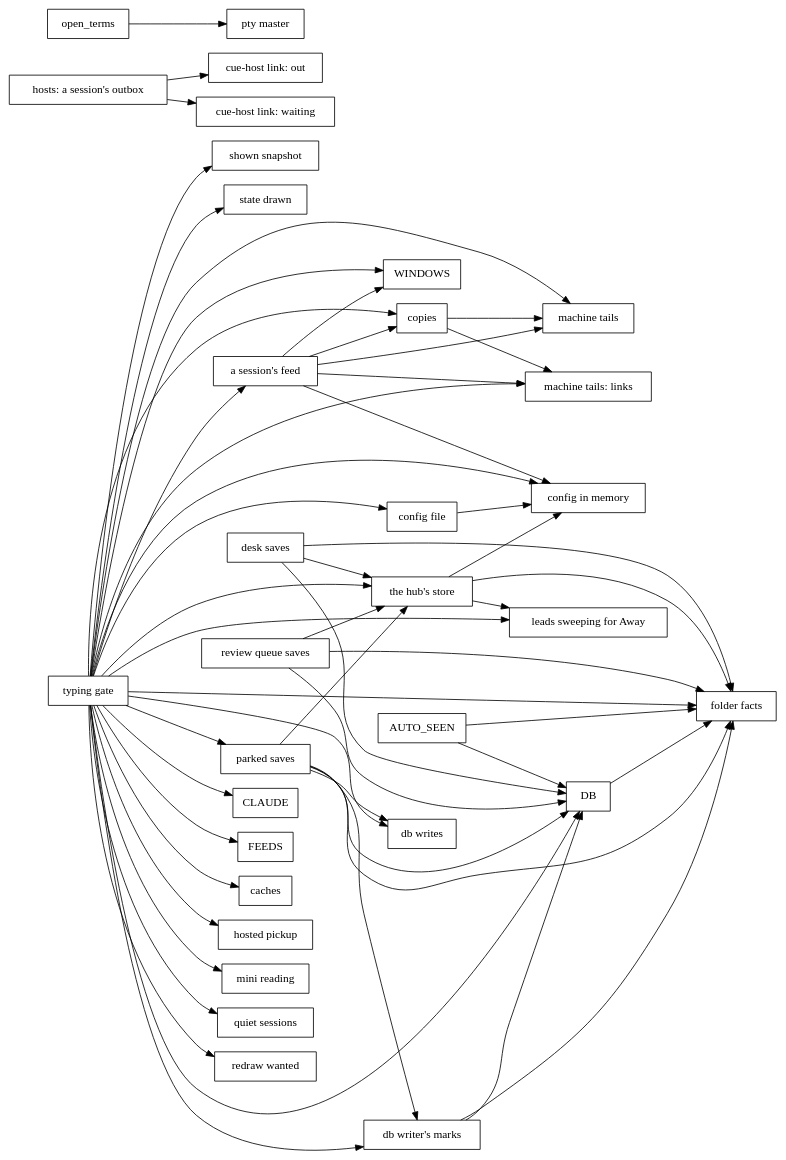
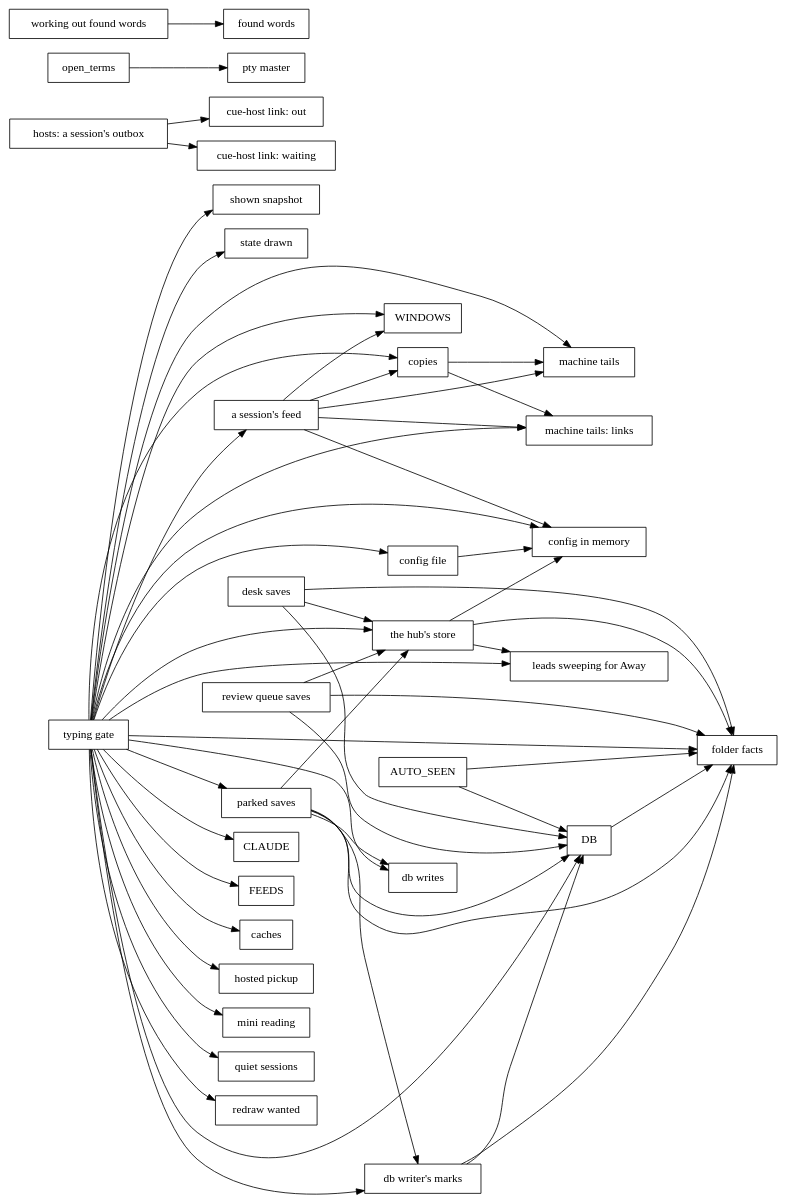
The diagram in docs/dev/lock-graph.dot (spacegrowth/cue), drawn with Graphviz before and after one commit. The commit also changed 20 other files, not shown here.

```diff
--- a/docs/dev/lock-graph.dot
+++ b/docs/dev/lock-graph.dot
@@ -1,58 +1,59 @@
 // Generated by `cargo run -p xtask -- inventory`; don't edit by hand.
 digraph locks {
   rankdir=LR;
   node [shape=box];
   "AUTO_SEEN" -> "DB";
   "AUTO_SEEN" -> "folder facts";
   "DB" -> "folder facts";
   "a session's feed" -> "WINDOWS";
   "a session's feed" -> "config in memory";
   "a session's feed" -> "copies";
   "a session's feed" -> "machine tails";
   "a session's feed" -> "machine tails: links";
   "config file" -> "config in memory";
   "copies" -> "machine tails";
   "copies" -> "machine tails: links";
   "db writer's marks" -> "DB";
   "db writer's marks" -> "folder facts";
   "desk saves" -> "DB";
   "desk saves" -> "folder facts";
   "desk saves" -> "the hub's store";
   "hosts: a session's outbox" -> "cue-host link: out";
   "hosts: a session's outbox" -> "cue-host link: waiting";
   "open_terms" -> "pty master";
   "parked saves" -> "DB";
   "parked saves" -> "db writer's marks";
   "parked saves" -> "db writes";
   "parked saves" -> "folder facts";
   "parked saves" -> "the hub's store";
   "review queue saves" -> "DB";
   "review queue saves" -> "folder facts";
   "review queue saves" -> "the hub's store";
   "the hub's store" -> "config in memory";
   "the hub's store" -> "folder facts";
   "the hub's store" -> "leads sweeping for Away";
   "typing gate" -> "CLAUDE";
   "typing gate" -> "DB";
   "typing gate" -> "FEEDS";
   "typing gate" -> "WINDOWS";
   "typing gate" -> "a session's feed";
   "typing gate" -> "caches";
   "typing gate" -> "config file";
   "typing gate" -> "config in memory";
   "typing gate" -> "copies";
   "typing gate" -> "db writer's marks";
   "typing gate" -> "db writes";
   "typing gate" -> "folder facts";
   "typing gate" -> "hosted pickup";
   "typing gate" -> "leads sweeping for Away";
   "typing gate" -> "machine tails";
   "typing gate" -> "machine tails: links";
   "typing gate" -> "mini reading";
   "typing gate" -> "parked saves";
   "typing gate" -> "quiet sessions";
   "typing gate" -> "redraw wanted";
   "typing gate" -> "shown snapshot";
   "typing gate" -> "state drawn";
   "typing gate" -> "the hub's store";
+  "working out found words" -> "found words";
 }
```
